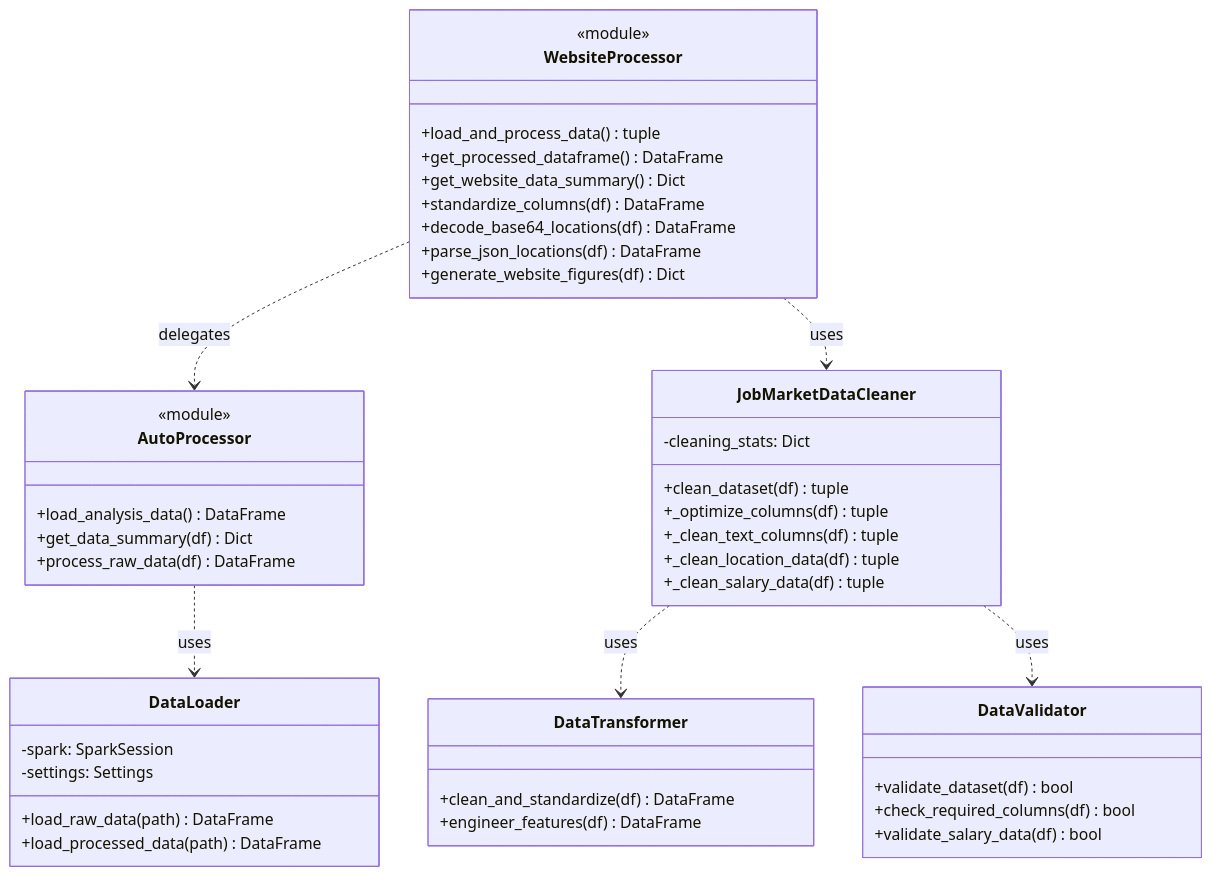
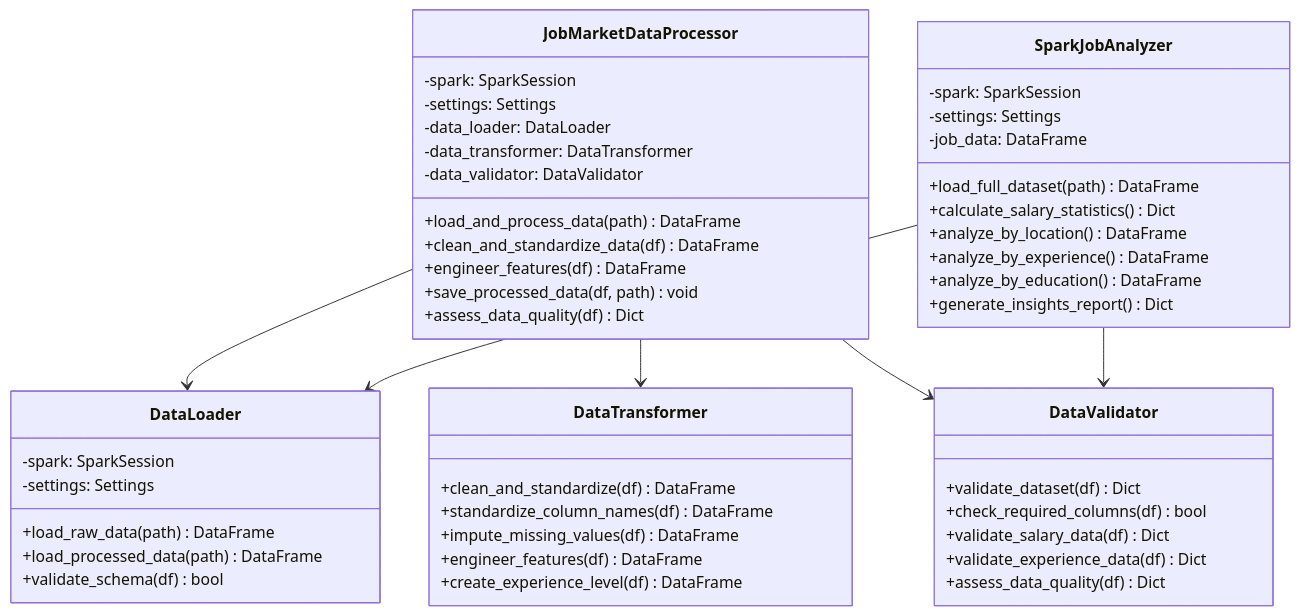
Before and after one commit to samarthya/ad688-scratch: the seventh of 11 diagrams in ARCHITECTURE.md, drawn with Mermaid. The commit also changed other lines of this file and 5 other files, not shown here.

````diff
--- a/ARCHITECTURE.md
+++ b/ARCHITECTURE.md
@@ -168,53 +362,57 @@
 ```mermaid
 classDiagram
-    class WebsiteProcessor {
-        <<module>>
-        +load_and_process_data() tuple
-        +get_processed_dataframe() DataFrame
-        +get_website_data_summary() Dict
-        +standardize_columns(df) DataFrame
-        +decode_base64_locations(df) DataFrame
-        +parse_json_locations(df) DataFrame
-        +generate_website_figures(df) Dict
+    class JobMarketDataProcessor {
+        -spark: SparkSession
+        -settings: Settings
+        -data_loader: DataLoader
+        -data_transformer: DataTransformer
+        -data_validator: DataValidator
+        +load_and_process_data(path) DataFrame
+        +clean_and_standardize_data(df) DataFrame
+        +engineer_features(df) DataFrame
+        +save_processed_data(df, path) void
+        +assess_data_quality(df) Dict
     }
 
-    class AutoProcessor {
-        <<module>>
-        +load_analysis_data() DataFrame
-        +get_data_summary(df) Dict
-        +process_raw_data(df) DataFrame
-    }
-
-    class JobMarketDataCleaner {
-        -cleaning_stats: Dict
-        +clean_dataset(df) tuple
-        +_optimize_columns(df) tuple
-        +_clean_text_columns(df) tuple
-        +_clean_location_data(df) tuple
-        +_clean_salary_data(df) tuple
+    class SparkJobAnalyzer {
+        -spark: SparkSession
+        -settings: Settings
+        -job_data: DataFrame
+        +load_full_dataset(path) DataFrame
+        +calculate_salary_statistics() Dict
+        +analyze_by_location() DataFrame
+        +analyze_by_experience() DataFrame
+        +analyze_by_education() DataFrame
+        +generate_insights_report() Dict
     }
 
     class DataLoader {
         -spark: SparkSession
         -settings: Settings
         +load_raw_data(path) DataFrame
         +load_processed_data(path) DataFrame
+        +validate_schema(df) bool
     }
 
     class DataTransformer {
         +clean_and_standardize(df) DataFrame
+        +standardize_column_names(df) DataFrame
+        +impute_missing_values(df) DataFrame
         +engineer_features(df) DataFrame
+        +create_experience_level(df) DataFrame
     }
 
     class DataValidator {
-        +validate_dataset(df) bool
+        +validate_dataset(df) Dict
         +check_required_columns(df) bool
-        +validate_salary_data(df) bool
+        +validate_salary_data(df) Dict
+        +validate_experience_data(df) Dict
+        +assess_data_quality(df) Dict
     }
 
-    WebsiteProcessor ..> AutoProcessor : delegates
-    WebsiteProcessor ..> JobMarketDataCleaner : uses
-    AutoProcessor ..> DataLoader : uses
-    JobMarketDataCleaner ..> DataTransformer : uses
-    JobMarketDataCleaner ..> DataValidator : uses
+    JobMarketDataProcessor --> DataLoader
+    JobMarketDataProcessor --> DataTransformer
+    JobMarketDataProcessor --> DataValidator
+    SparkJobAnalyzer --> DataLoader
+    SparkJobAnalyzer --> DataValidator
 ```
````
